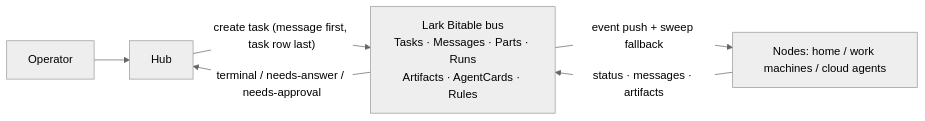
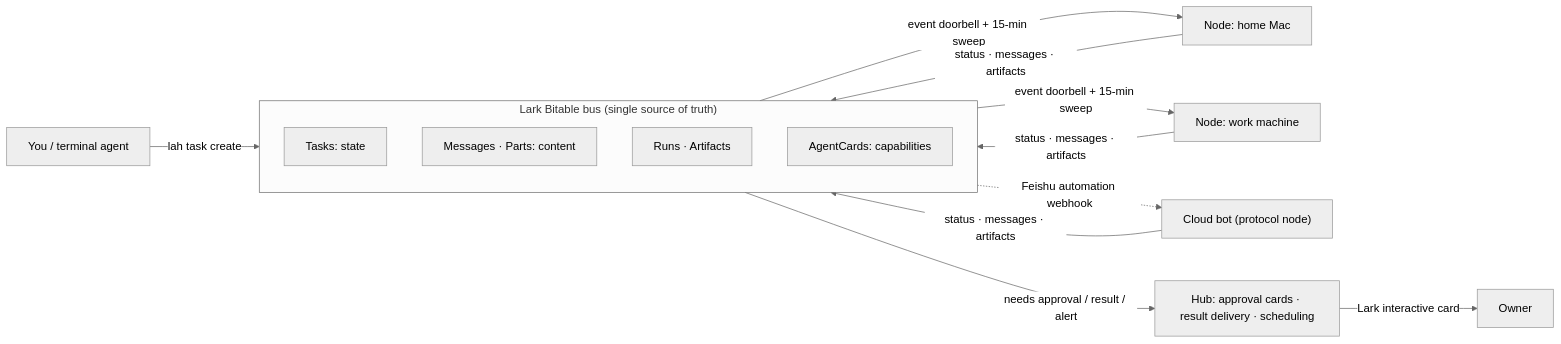
The first of 2 diagrams in README.en.md (backtomyfuture/lark-a2a-hub), drawn with Mermaid (neutral theme) before and after one commit. The commit also changed other lines of this file and 3 other files, not shown here.

````diff
--- a/README.en.md
+++ b/README.en.md
@@ -39,8 +44,17 @@
 ```mermaid
 flowchart LR
-    OP["Operator"] --> HUB["Hub"]
-    HUB -->|"create task (message first, task row last)"| BUS["Lark Bitable bus<br/>Tasks · Messages · Parts · Runs<br/>Artifacts · AgentCards · Rules"]
-    BUS -->|"event push + sweep fallback"| NODES["Nodes: home / work machines / cloud agents"]
-    NODES -->|"status · messages · artifacts"| BUS
-    BUS -->|"terminal / needs-answer / needs-approval"| HUB
+    OP["You / terminal agent"] -->|"lah task create"| BUS
+    subgraph BUS["Lark Bitable bus (single source of truth)"]
+        direction TB
+        T["Tasks: state"]
+        M["Messages · Parts: content"]
+        R["Runs · Artifacts"]
+        C["AgentCards: capabilities"]
+    end
+    BUS -->|"event doorbell + 15-min sweep"| N1["Node: home Mac"]
+    BUS -->|"event doorbell + 15-min sweep"| N2["Node: work machine"]
+    BUS -.->|"Feishu automation webhook"| N3["Cloud bot (protocol node)"]
+    N1 & N2 & N3 -->|"status · messages · artifacts"| BUS
+    BUS -->|"needs approval / result / alert"| HUB["Hub: approval cards · result delivery · scheduling"]
+    HUB -->|"Lark interactive card"| OWNER["Owner"]
 ```
````
